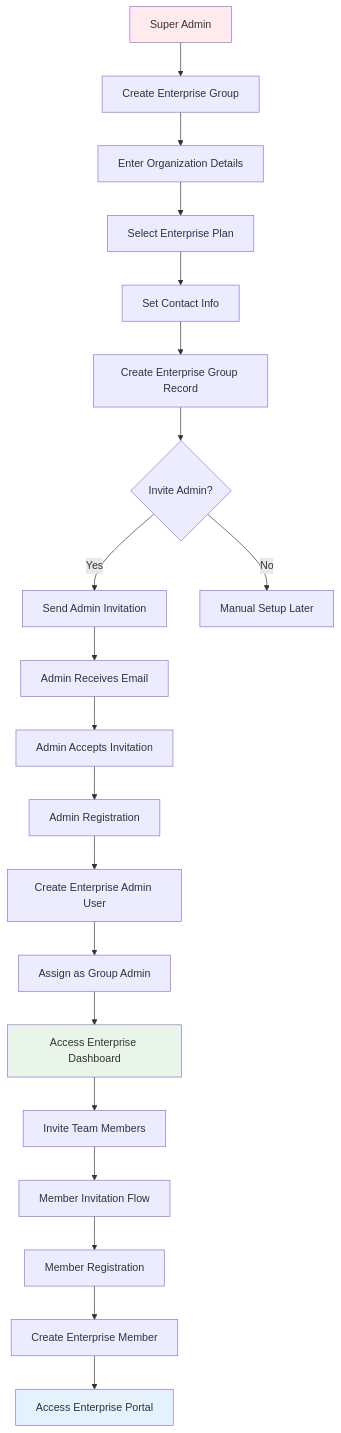
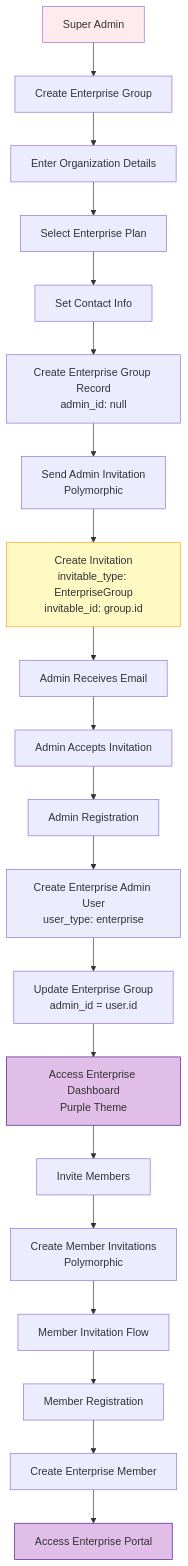
Before and after one commit to ashack/portfolio: the third of 18 diagrams in docs/architecture/diagrams/user-flows.md, drawn with Mermaid. The commit also changed other lines of this file and 15 other files, not shown here.

````diff
--- a/docs/architecture/diagrams/user-flows.md
+++ b/docs/architecture/diagrams/user-flows.md
@@ -105,29 +105,30 @@
 ```mermaid
 flowchart TD
     SA[Super Admin] --> CreateEnt[Create Enterprise Group]
     CreateEnt --> EnterDetails[Enter Organization Details]
     EnterDetails --> SelectPlan[Select Enterprise Plan]
     SelectPlan --> SetContact[Set Contact Info]
-    SetContact --> CreateGroup[Create Enterprise Group Record]
+    SetContact --> CreateGroup[Create Enterprise Group Record<br/>admin_id: null]
     
-    CreateGroup --> InviteAdmin{Invite Admin?}
-    InviteAdmin -->|Yes| SendAdminInv[Send Admin Invitation]
-    InviteAdmin -->|No| ManualSetup[Manual Setup Later]
+    CreateGroup --> SendAdminInv[Send Admin Invitation<br/>Polymorphic]
+    SendAdminInv --> CreateInv[Create Invitation<br/>invitable_type: EnterpriseGroup<br/>invitable_id: group.id]
     
-    SendAdminInv --> AdminEmail[Admin Receives Email]
+    CreateInv --> AdminEmail[Admin Receives Email]
     AdminEmail --> AdminAccept[Admin Accepts Invitation]
     AdminAccept --> AdminReg[Admin Registration]
-    AdminReg --> CreateAdmin[Create Enterprise Admin User]
-    CreateAdmin --> AssignAdmin[Assign as Group Admin]
-    AssignAdmin --> AdminDash[Access Enterprise Dashboard]
+    AdminReg --> CreateAdmin[Create Enterprise Admin User<br/>user_type: enterprise]
+    CreateAdmin --> UpdateGroup[Update Enterprise Group<br/>admin_id = user.id]
+    UpdateGroup --> AdminDash[Access Enterprise Dashboard<br/>Purple Theme]
     
-    AdminDash --> InviteMembers[Invite Team Members]
-    InviteMembers --> MemberFlow[Member Invitation Flow]
+    AdminDash --> InviteMembers[Invite Members]
+    InviteMembers --> MemberInv[Create Member Invitations<br/>Polymorphic]
+    MemberInv --> MemberFlow[Member Invitation Flow]
     MemberFlow --> MemberReg[Member Registration]
     MemberReg --> CreateMember[Create Enterprise Member]
     CreateMember --> MemberAccess[Access Enterprise Portal]
     
     style SA fill:#ffebee
-    style AdminDash fill:#e8f5e9
-    style MemberAccess fill:#e3f2fd
+    style AdminDash fill:#e1bee7,stroke:#4a148c
+    style MemberAccess fill:#e1bee7,stroke:#4a148c
+    style CreateInv fill:#fff9c4,stroke:#f9a825
 ```
````
